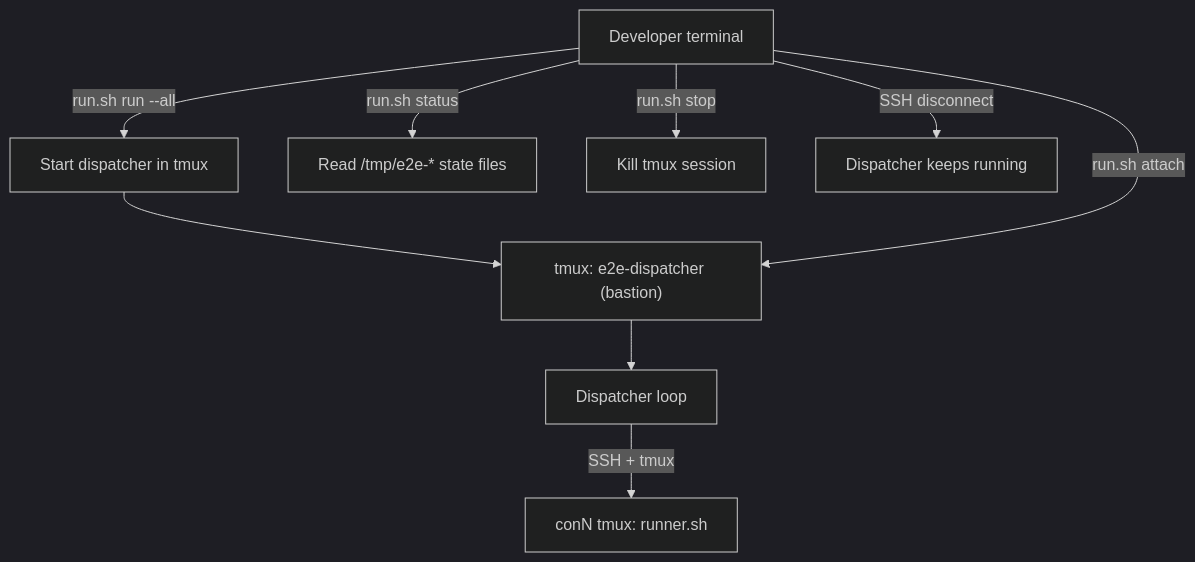
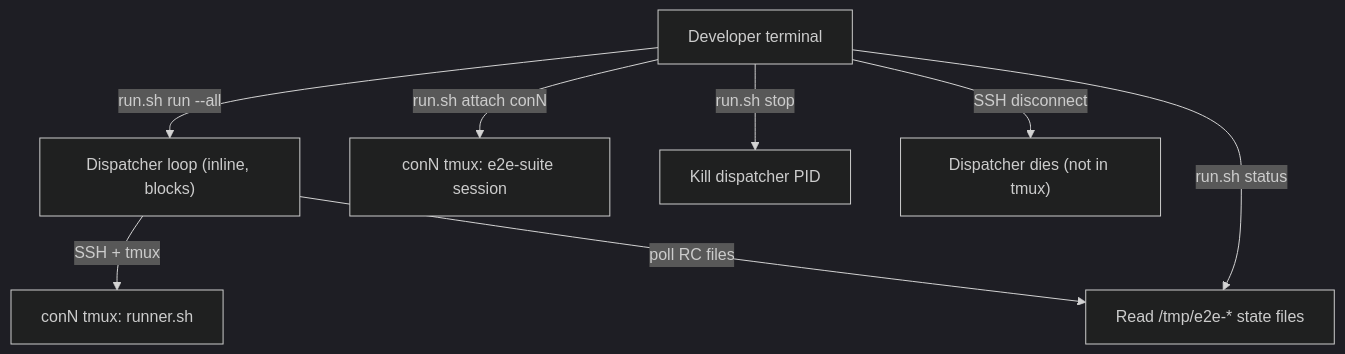
One commit to sjbylo/aba changed the second of 3 diagrams in test/e2e/v2/dev/SPEC.md. Above: the diagram before and after it, drawn with Mermaid (dark theme). The commit also changed other lines of this file and 9 other files, not shown here.

First line of the commit message:
E2E v2: deep review fixes, full clone_vm, runner self-SSH guard

````diff
--- a/test/e2e/v2/dev/SPEC.md
+++ b/test/e2e/v2/dev/SPEC.md
@@ -678,12 +702,11 @@
 ```mermaid
 flowchart TD
-    User["Developer terminal"] -->|"run.sh run --all"| StartDisp["Start dispatcher in tmux"]
-    StartDisp --> TmuxSess["tmux: e2e-dispatcher (bastion)"]
-    TmuxSess --> Dispatch["Dispatcher loop"]
-    Dispatch -->|"SSH + tmux"| ConN["conN tmux: runner.sh"]
+    User["Developer terminal"] -->|"run.sh run --all"| DispLoop["Dispatcher loop (inline, blocks)"]
+    DispLoop -->|"SSH + tmux"| ConN["conN tmux: runner.sh"]
+    DispLoop -->|"poll RC files"| StateFiles["Read /tmp/e2e-* state files"]
 
-    User -->|"run.sh status"| StateFiles["Read /tmp/e2e-* state files"]
-    User -->|"run.sh attach"| TmuxSess
-    User -->|"run.sh stop"| KillSess["Kill tmux session"]
-    User -->|"SSH disconnect"| Nothing["Dispatcher keeps running"]
+    User -->|"run.sh status"| StateFiles
+    User -->|"run.sh attach conN"| ConNTmux["conN tmux: e2e-suite session"]
+    User -->|"run.sh stop"| KillDisp["Kill dispatcher PID"]
+    User -->|"SSH disconnect"| Dead["Dispatcher dies (not in tmux)"]
 ```
````
